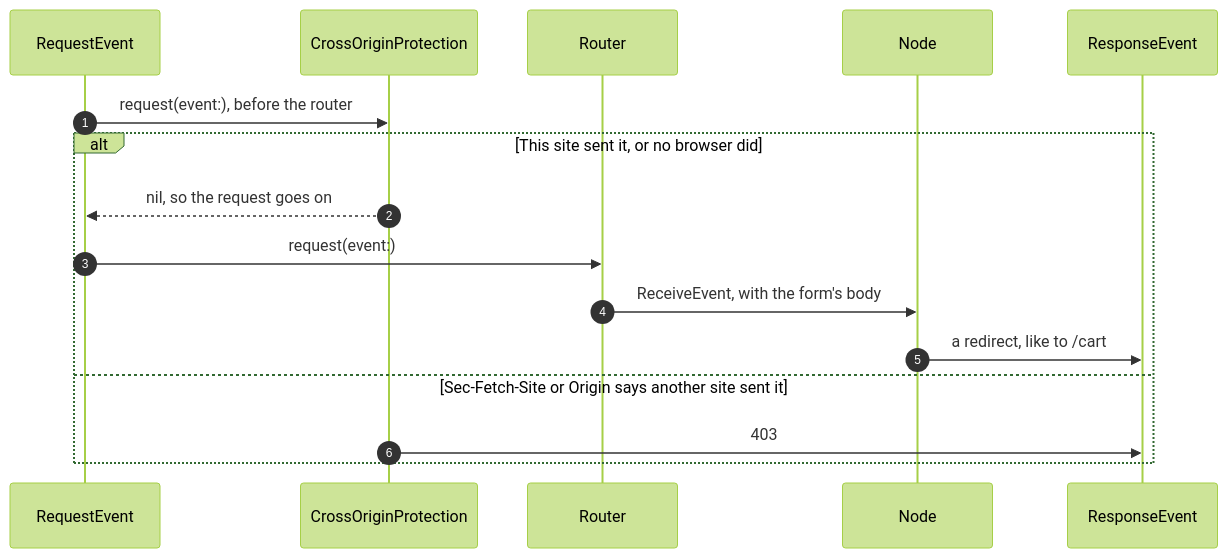
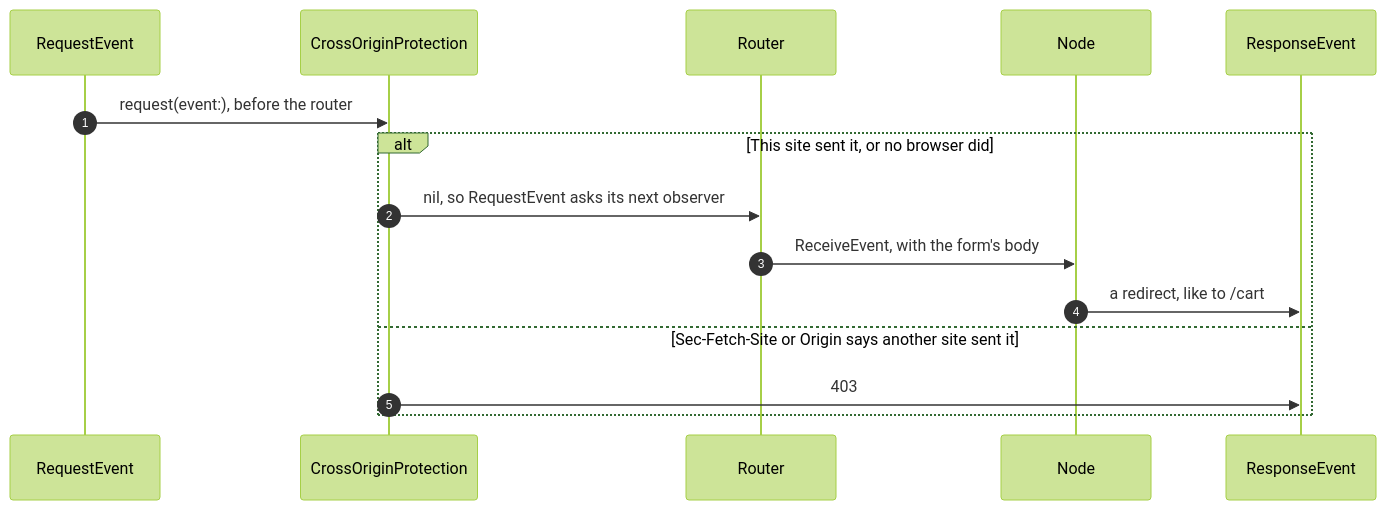
One commit to rainpour/raindeer-dev changed the diagram in app/pages/_home/_case-study.md. Above: the diagram before and after it, drawn with Mermaid (forest theme).

Commit message:
Go straight from the protection to the router in the case study diagram

````diff
--- a/app/pages/_home/_case-study.md
+++ b/app/pages/_home/_case-study.md
@@ -16,19 +16,18 @@
 ```mermaid
 sequenceDiagram
   autonumber
   participant RequestEvent
   participant Protection as CrossOriginProtection
   participant Router
   participant Node
   participant ResponseEvent
 
   RequestEvent->>Protection: request(event:), before the router
   alt This site sent it, or no browser did
-    Protection-->>RequestEvent: nil, so the request goes on
-    RequestEvent->>Router: request(event:)
+    Protection->>Router: nil, so RequestEvent asks its next observer
     Router->>Node: ReceiveEvent, with the form's body
     Node->>ResponseEvent: a redirect, like to /cart
   else Sec-Fetch-Site or Origin says another site sent it
     Protection->>ResponseEvent: 403
   end
 ```
````
